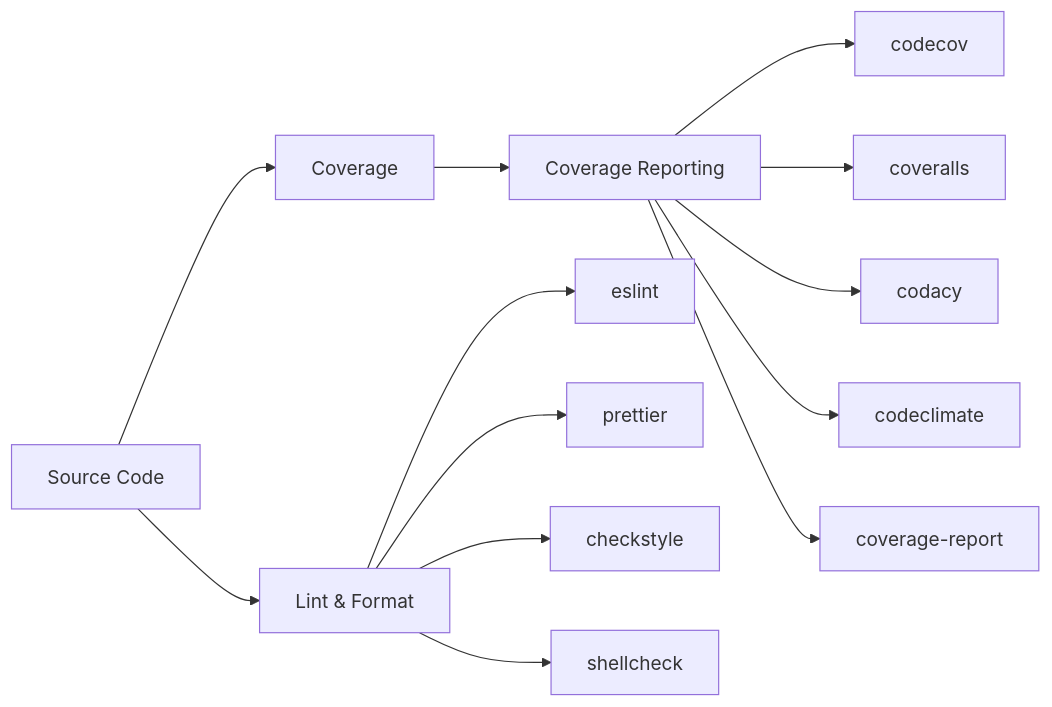
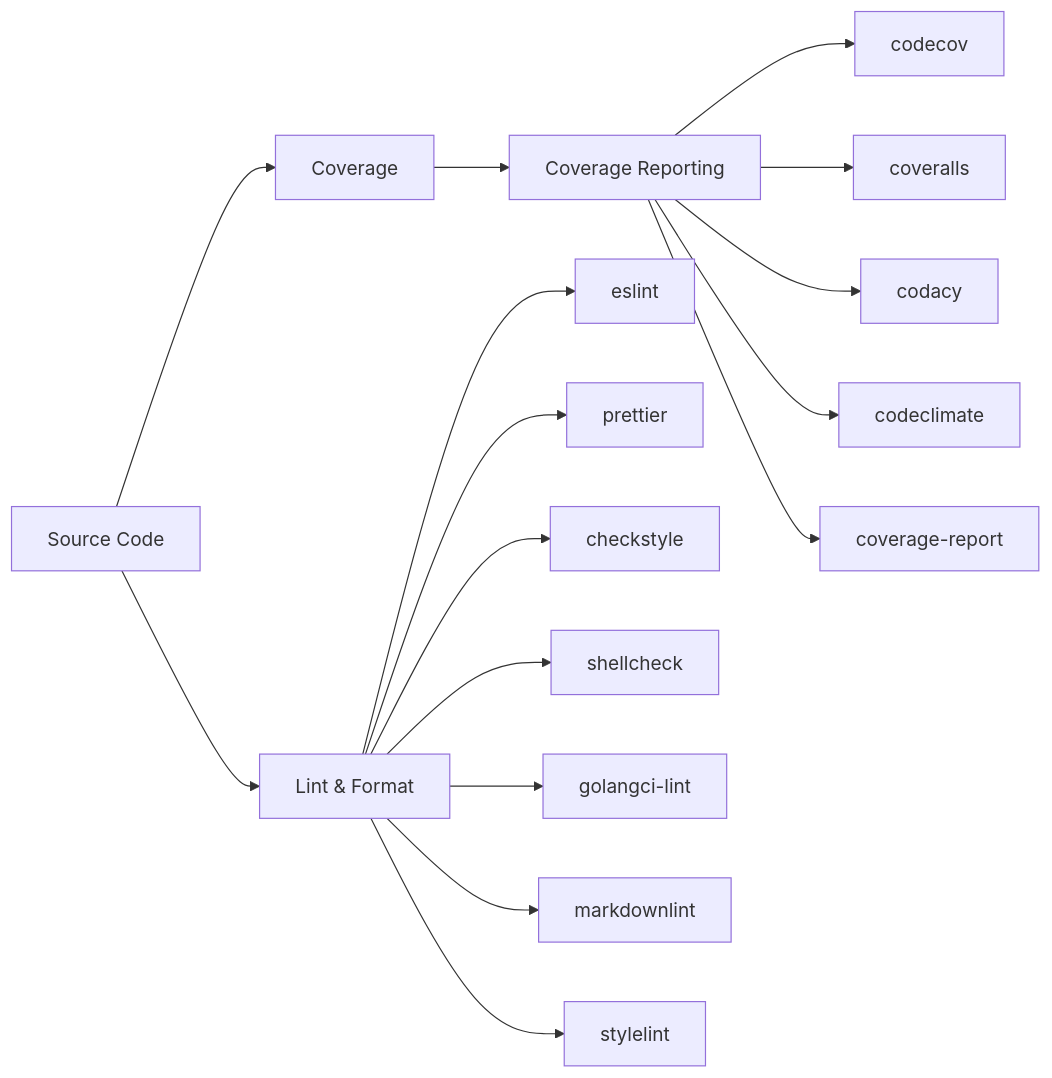
Before and after one commit to mwashburn160/pipeline-builder: the diagram in docs/plugins/quality.md, drawn with Mermaid. The commit also changed other lines of this file and 235 other files, not shown here.

````diff
--- a/docs/plugins/quality.md
+++ b/docs/plugins/quality.md
@@ -5,9 +5,9 @@
 ```mermaid
 flowchart LR
     Code[Source Code] --> LintFmt[Lint & Format]
     Code --> Cov[Coverage]
     Cov --> Report[Coverage Reporting]
 
-    LintFmt --> eslint & prettier & checkstyle & shellcheck
+    LintFmt --> eslint & prettier & checkstyle & shellcheck & golangci-lint & markdownlint & stylelint
     Report --> codecov & coveralls & codacy & codeclimate & coverage-report
 ```
````
